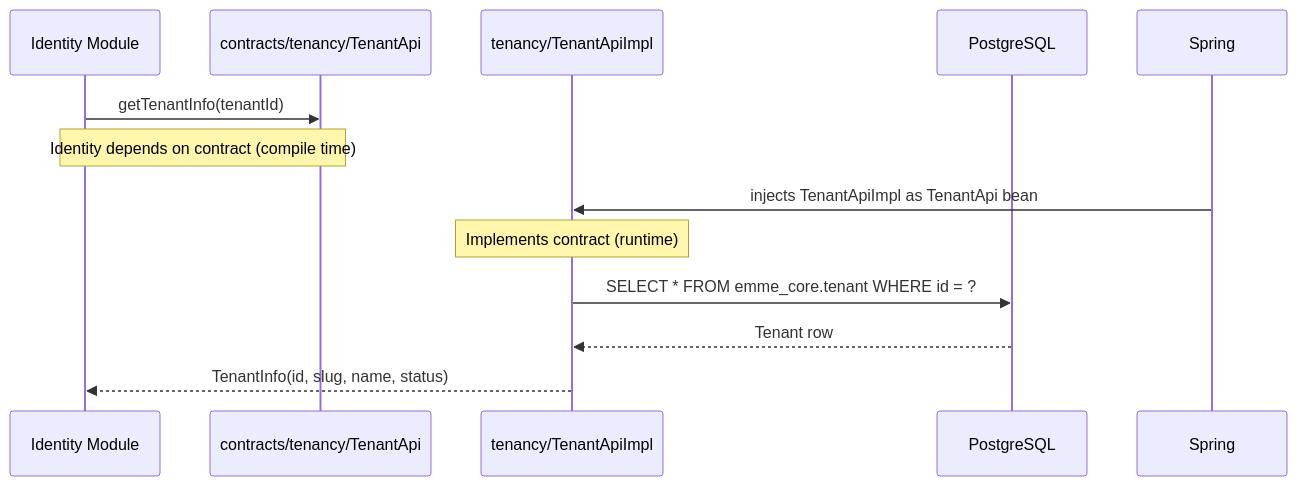
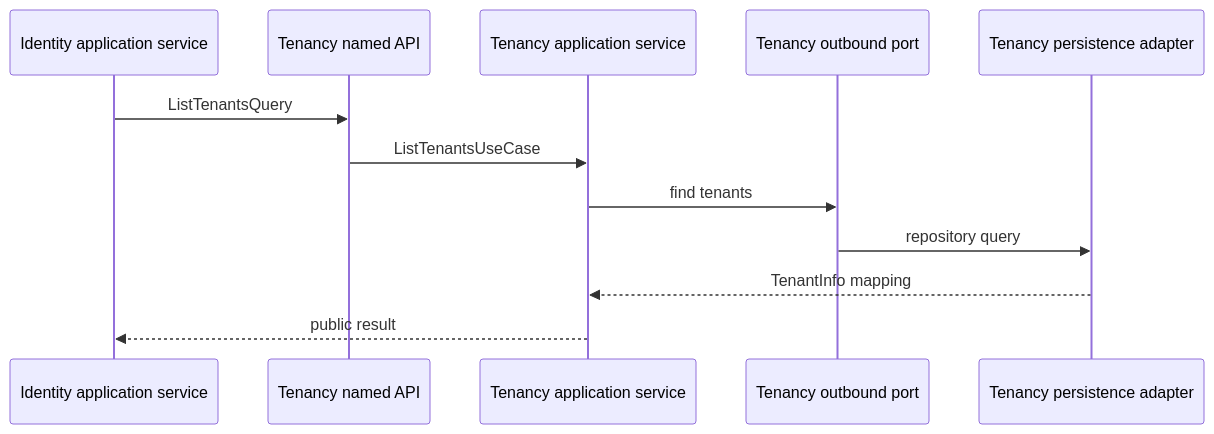
Before and after one commit to migangdelzar/emme-service: the second of 3 diagrams in docs/architecture/library-architecture.md, drawn with Mermaid. The commit also changed other lines of this file and 76 other files, not shown here.

Commit message:
refactor(tenancy): split tenant operations by use case

````diff
--- a/docs/architecture/library-architecture.md
+++ b/docs/architecture/library-architecture.md
@@ -356,15 +71,15 @@
 ```mermaid
 sequenceDiagram
-    participant ID as Identity Module
-    participant Contract as contracts/tenancy/TenantApi
-    participant Impl as tenancy/TenantApiImpl
-    participant DB as PostgreSQL
+    participant Identity as Identity application service
+    participant Contract as Tenancy named API
+    participant Tenancy as Tenancy application service
+    participant Port as Tenancy outbound port
+    participant DB as Tenancy persistence adapter
 
-    ID->>Contract: getTenantInfo(tenantId)
-    Note over ID,Contract: Identity depends on contract (compile time)
-    Spring->>Impl: injects TenantApiImpl as TenantApi bean
-    Note over Impl: Implements contract (runtime)
-    Impl->>DB: SELECT * FROM emme_core.tenant WHERE id = ?
-    DB-->>Impl: Tenant row
-    Impl-->>ID: TenantInfo(id, slug, name, status)
+    Identity->>Contract: ListTenantsQuery
+    Contract->>Tenancy: ListTenantsUseCase
+    Tenancy->>Port: find tenants
+    Port->>DB: repository query
+    DB-->>Tenancy: TenantInfo mapping
+    Tenancy-->>Identity: public result
 ```
````
